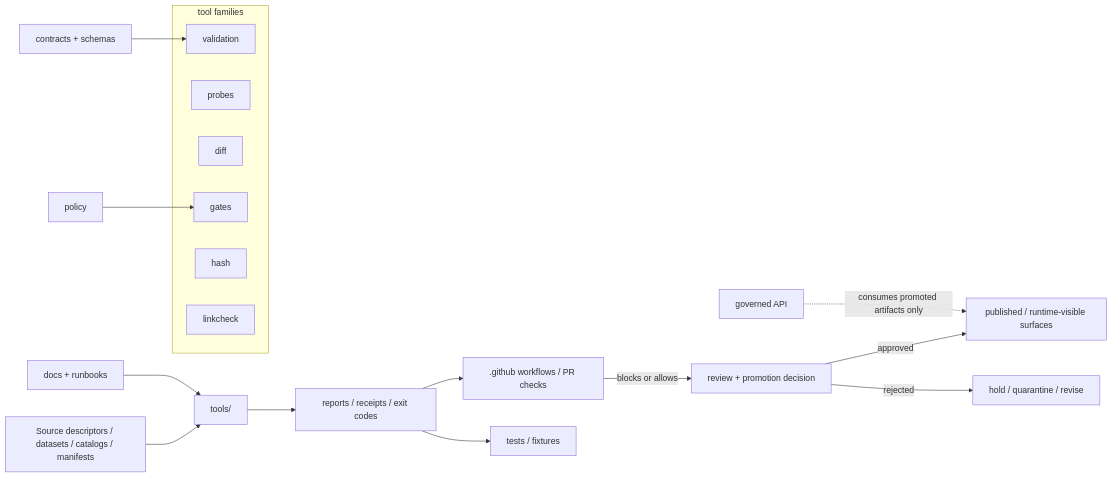
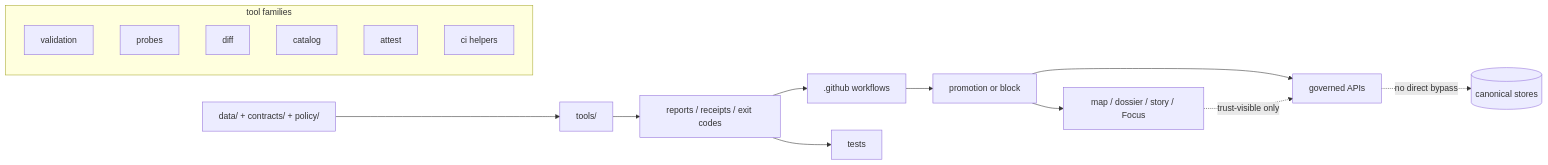
One commit to bartytime4life/Kansas-Frontier-Matrix changed the diagram in tools/README.md. Above: the diagram before and after it, drawn with Mermaid. The commit also changed other lines of this file, not shown here.

First line of the commit message:
Revise tools README for clarity and structure

````diff
--- a/tools/README.md
+++ b/tools/README.md
@@ -239,25 +236,23 @@
 ```mermaid
 flowchart LR
-    A[Source descriptors / datasets / catalogs / manifests] --> B[tools/]
+    A[data/ + contracts/ + policy/] --> B[tools/]
 
-    subgraph FAM[tool families]
+    subgraph TF[tool families]
       V[validation]
       P[probes]
       D[diff]
-      G[gates]
-      H[hash]
-      L[linkcheck]
+      C[catalog]
+      A2[attest]
+      CI[ci helpers]
     end
 
     B --> R[reports / receipts / exit codes]
-    R --> CI[.github workflows / PR checks]
-    R --> T[tests / fixtures]
-    CI -->|blocks or allows| M[review + promotion decision]
-    M -->|approved| PUB[published / runtime-visible surfaces]
-    M -->|rejected| Q[hold / quarantine / revise]
+    R --> G[.github workflows]
+    R --> T[tests]
+    G --> M[promotion or block]
+    M --> API[governed APIs]
+    M --> UI[map / dossier / story / Focus]
 
-    CONTRACTS[contracts + schemas] --> V
-    POLICY[policy] --> G
-    DOCS[docs + runbooks] --> B
-    API[governed API] -. consumes promoted artifacts only .-> PUB
+    API -. no direct bypass .-> DATA[(canonical stores)]
+    UI -. trust-visible only .-> API
 ```
````
